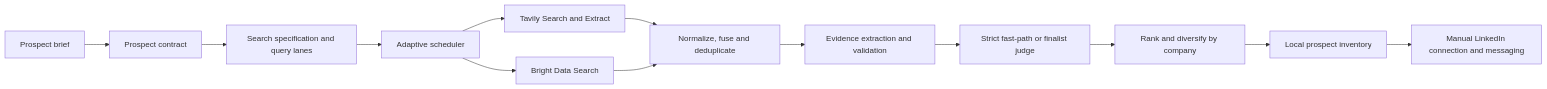
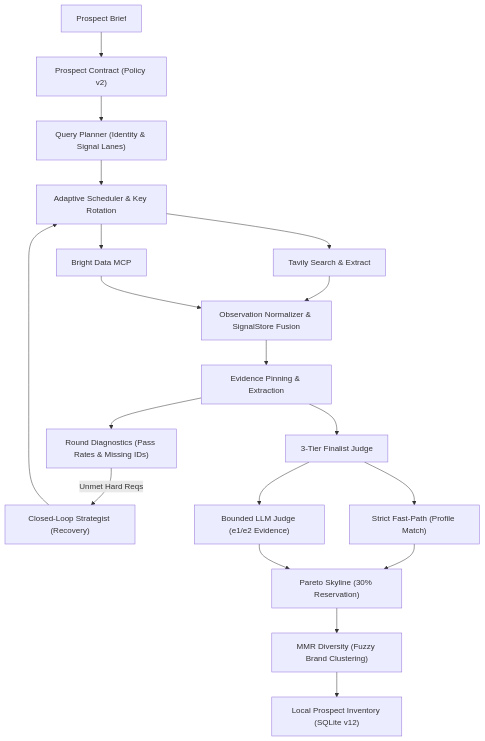
One commit to AliasHolmes/Apex-CRM changed the first of 2 diagrams in README.md. Above: the diagram before and after it, drawn with Mermaid. The commit also changed other lines of this file and 17 other files, not shown here.

First line of the commit message:
feat: Enhance company intent enrichment and database schema

````diff
--- a/README.md
+++ b/README.md
@@ -31,15 +34,21 @@
 ```mermaid
-flowchart LR
-    Brief[Prospect brief] --> Contract[Prospect contract]
-    Contract --> Plan[Search specification and query lanes]
-    Plan --> Scheduler[Adaptive scheduler]
-    Scheduler --> Tavily[Tavily Search and Extract]
-    Scheduler --> Bright[Bright Data Search]
-    Tavily --> Fusion[Normalize, fuse and deduplicate]
+flowchart TD
+    Brief["Prospect Brief"] --> Contract["Prospect Contract (Policy v2)"]
+    Contract --> Planner["Query Planner (Identity & Signal Lanes)"]
+    Planner --> Scheduler["Adaptive Scheduler & Key Rotation"]
+    Scheduler --> Tavily["Tavily Search & Extract"]
+    Scheduler --> Bright["Bright Data MCP"]
+    Tavily --> Fusion["Observation Normalizer & SignalStore Fusion"]
     Bright --> Fusion
-    Fusion --> Evidence[Evidence extraction and validation]
-    Evidence --> Judge[Strict fast-path or finalist judge]
-    Judge --> Diversify[Rank and diversify by company]
-    Diversify --> Inventory[Local prospect inventory]
-    Inventory --> Manual[Manual LinkedIn connection and messaging]
+    Fusion --> Evidence["Evidence Pinning & Extraction"]
+    Evidence --> Diagnostics["Round Diagnostics (Pass Rates & Missing IDs)"]
+    Diagnostics -->|Unmet Hard Reqs| Strategist["Closed-Loop Strategist (Recovery)"]
+    Strategist --> Scheduler
+    Evidence --> Judge["3-Tier Finalist Judge"]
+    Judge --> FastPath["Strict Fast-Path (Profile Match)"]
+    Judge --> LLMJudge["Bounded LLM Judge (e1/e2 Evidence)"]
+    FastPath --> Pareto["Pareto Skyline (30% Reservation)"]
+    LLMJudge --> Pareto
+    Pareto --> MMR["MMR Diversity (Fuzzy Brand Clustering)"]
+    MMR --> Inventory["Local Prospect Inventory (SQLite v12)"]
 ```
````
